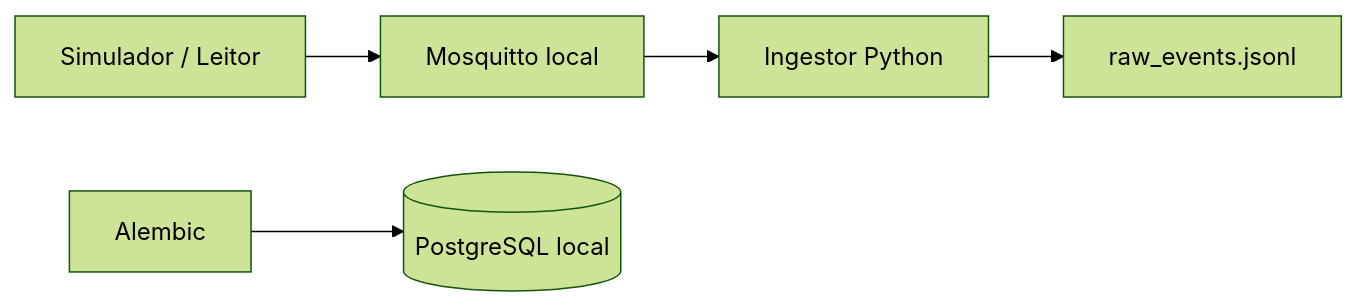
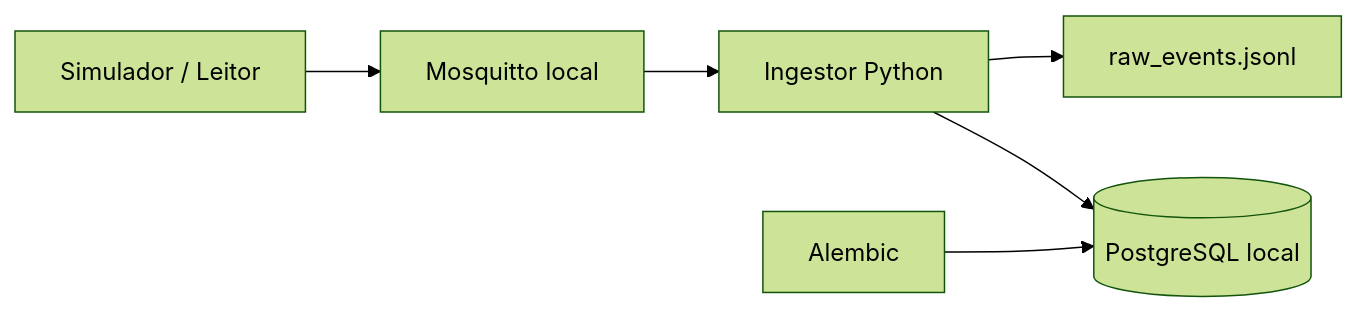
The first of 2 diagrams in docs/infrastructure/iss-003-docker-compose.md (OtavioBrandao/rastreamento-rfid-hupaa), drawn with Mermaid (forest theme) before and after one commit. The commit also changed other lines of this file and 4 other files, not shown here.

````diff
--- a/docs/infrastructure/iss-003-docker-compose.md
+++ b/docs/infrastructure/iss-003-docker-compose.md
@@ -57,8 +58,9 @@
 ```mermaid
 flowchart LR
     SIM[Simulador / Leitor] --> MQTT[Mosquitto local]
     MQTT --> ING[Ingestor Python]
     ING --> JSONL[raw_events.jsonl]
+    ING --> PG[(PostgreSQL local)]
 
-    MIG[Alembic] --> PG[(PostgreSQL local)]
+    MIG[Alembic] --> PG
 ```
````
